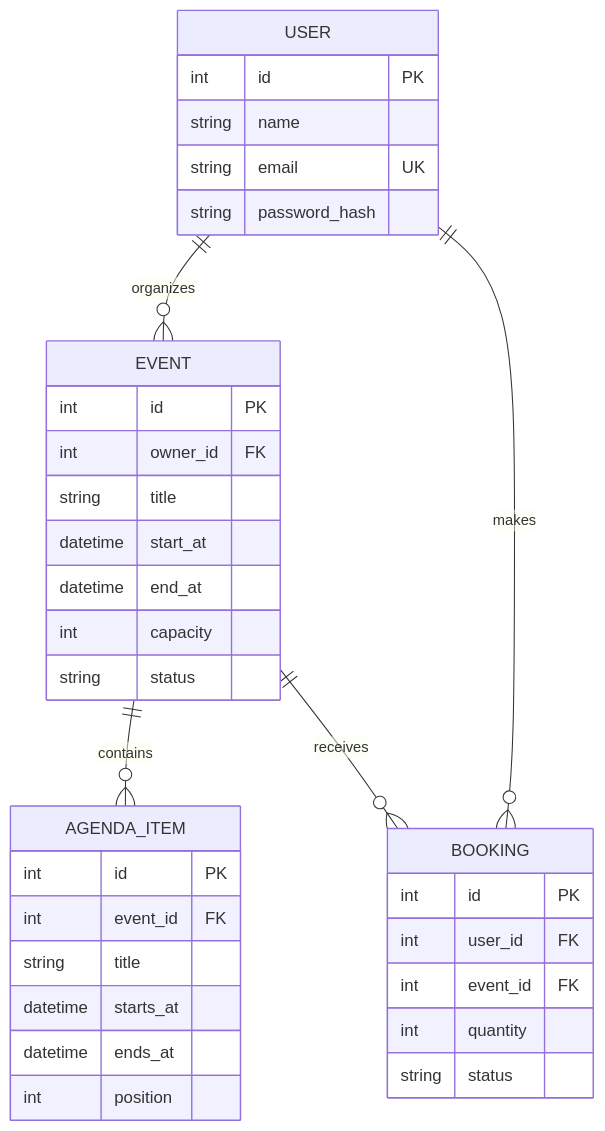
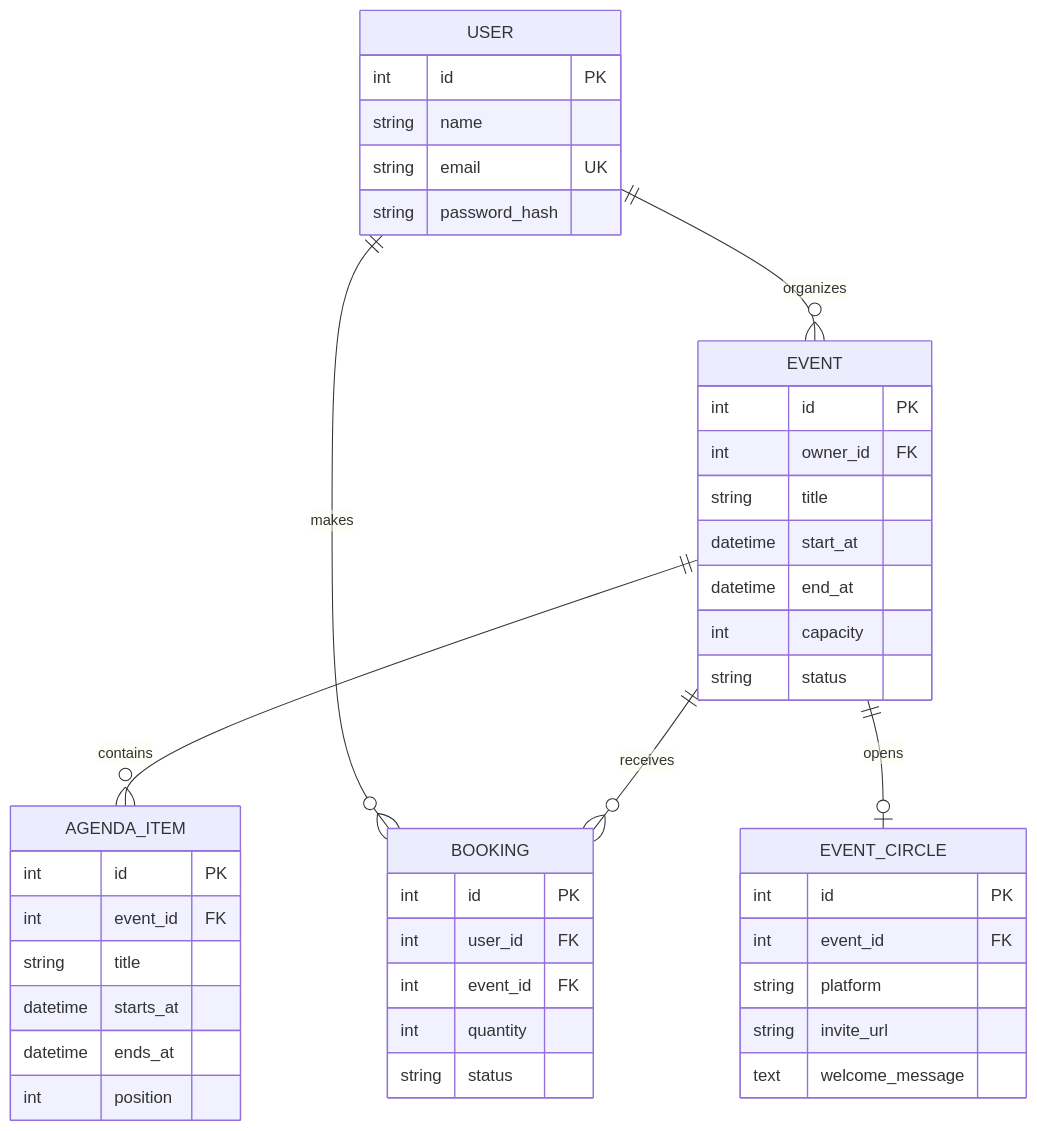
The diagram in server/README.md (Svnd3/hackaform), drawn with Mermaid before and after one commit. The commit also changed other lines of this file and 32 other files, not shown here.

````diff
--- a/server/README.md
+++ b/server/README.md
@@ -7,38 +7,46 @@
 ```mermaid
 erDiagram
     USER ||--o{ EVENT : organizes
     USER ||--o{ BOOKING : makes
     EVENT ||--o{ AGENDA_ITEM : contains
     EVENT ||--o{ BOOKING : receives
+    EVENT ||--o| EVENT_CIRCLE : opens
 
     USER {
         int id PK
         string name
         string email UK
         string password_hash
     }
     EVENT {
         int id PK
         int owner_id FK
         string title
         datetime start_at
         datetime end_at
         int capacity
         string status
     }
     AGENDA_ITEM {
         int id PK
         int event_id FK
         string title
         datetime starts_at
         datetime ends_at
         int position
     }
     BOOKING {
         int id PK
         int user_id FK
         int event_id FK
         int quantity
         string status
     }
+    EVENT_CIRCLE {
+        int id PK
+        int event_id FK
+        string platform
+        string invite_url
+        text welcome_message
+    }
 ```
````
